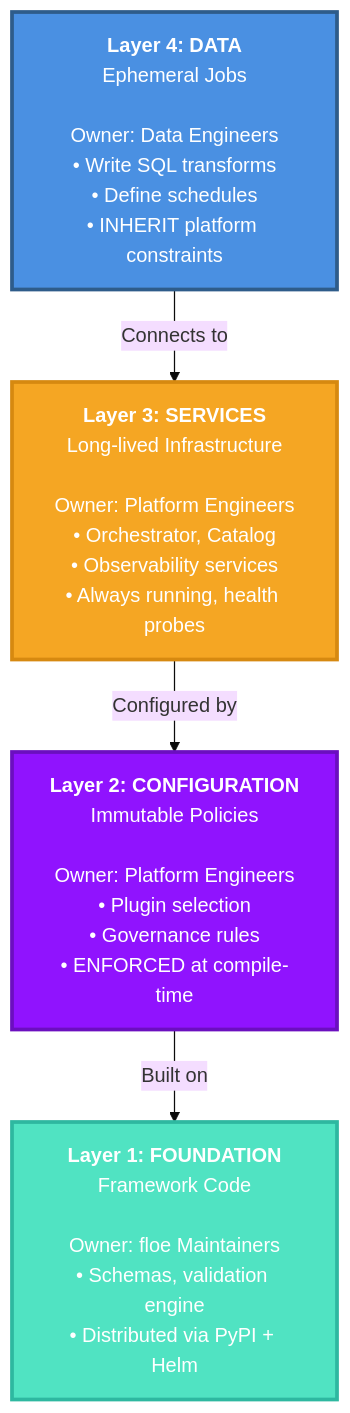
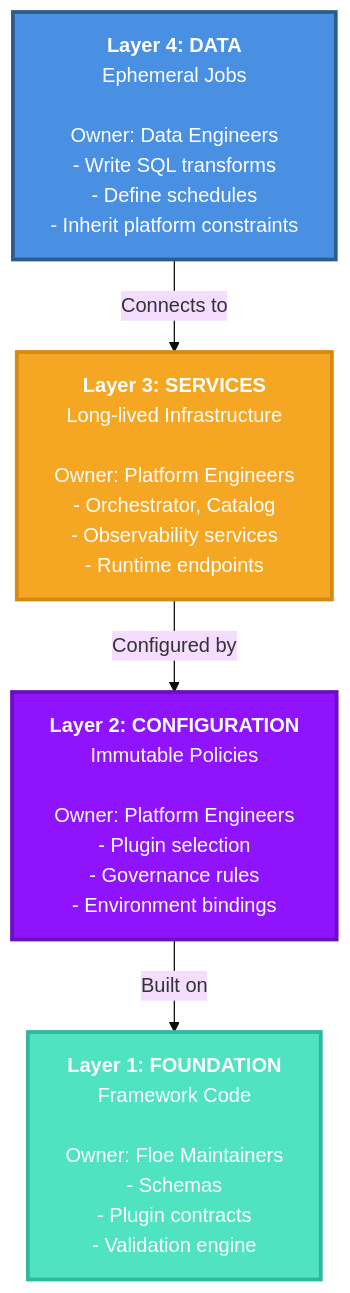
Before and after one commit to Obsidian-Owl/floe: the diagram in README.md, drawn with Mermaid. The commit also changed other lines of this file, not shown here.

````diff
--- a/README.md
+++ b/README.md
@@ -290,25 +314,25 @@
 ```mermaid
 %%{init: {'theme':'base', 'themeVariables': { 'fontSize':'16px'}}}%%
 flowchart TB
-    L4["<b>Layer 4: DATA</b><br/>Ephemeral Jobs<br/><br/>Owner: Data Engineers<br/>• Write SQL transforms<br/>• Define schedules<br/>• INHERIT platform constraints"]
+    L4["<b>Layer 4: DATA</b><br/>Ephemeral Jobs<br/><br/>Owner: Data Engineers<br/>- Write SQL transforms<br/>- Define schedules<br/>- Inherit platform constraints"]
 
-    L3["<b>Layer 3: SERVICES</b><br/>Long-lived Infrastructure<br/><br/>Owner: Platform Engineers<br/>• Orchestrator, Catalog<br/>• Observability services<br/>• Always running, health probes"]
+    L3["<b>Layer 3: SERVICES</b><br/>Long-lived Infrastructure<br/><br/>Owner: Platform Engineers<br/>- Orchestrator, Catalog<br/>- Observability services<br/>- Runtime endpoints"]
 
-    L2["<b>Layer 2: CONFIGURATION</b><br/>Immutable Policies<br/><br/>Owner: Platform Engineers<br/>• Plugin selection<br/>• Governance rules<br/>• ENFORCED at compile-time"]
+    L2["<b>Layer 2: CONFIGURATION</b><br/>Immutable Policies<br/><br/>Owner: Platform Engineers<br/>- Plugin selection<br/>- Governance rules<br/>- Environment bindings"]
 
-    L1["<b>Layer 1: FOUNDATION</b><br/>Framework Code<br/><br/>Owner: floe Maintainers<br/>• Schemas, validation engine<br/>• Distributed via PyPI + Helm"]
+    L1["<b>Layer 1: FOUNDATION</b><br/>Framework Code<br/><br/>Owner: Floe Maintainers<br/>- Schemas<br/>- Plugin contracts<br/>- Validation engine"]
 
     L4 -->|Connects to| L3
     L3 -->|Configured by| L2
     L2 -->|Built on| L1
 
     classDef dataLayer fill:#4A90E2,stroke:#2E5C8A,stroke-width:3px,color:#fff
     classDef serviceLayer fill:#F5A623,stroke:#D68910,stroke-width:3px,color:#fff
     classDef configLayer fill:#9013FE,stroke:#6B0FBF,stroke-width:3px,color:#fff
     classDef foundationLayer fill:#50E3C2,stroke:#2EB8A0,stroke-width:3px,color:#fff
 
     class L4 dataLayer
     class L3 serviceLayer
     class L2 configLayer
     class L1 foundationLayer
 ```
````
